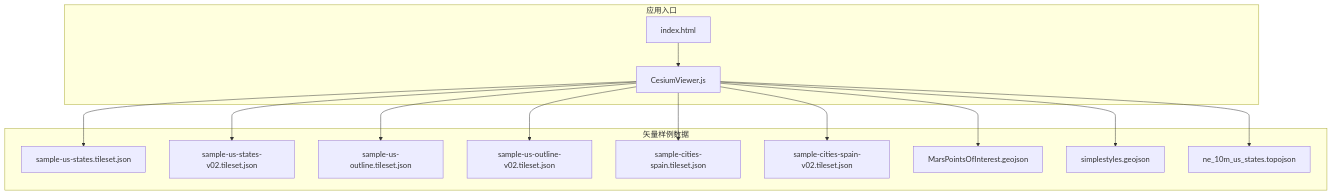
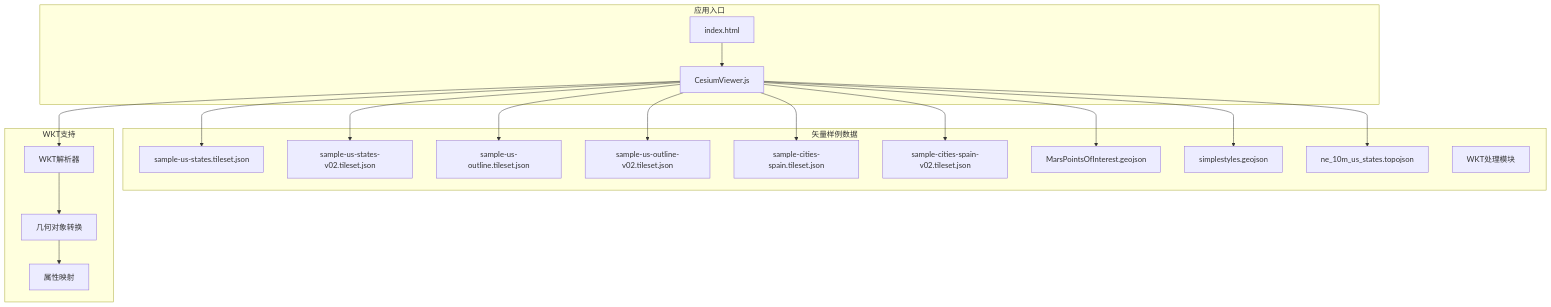
One commit to rzhangjing/cesium changed the first of 9 diagrams in .qoder/repowiki/zh/content/示例教程/数据加载示例/矢量数据加载.md. Above: the diagram before and after it, drawn with Mermaid. The commit also changed other lines of this file and 90 other files, not shown here.

````diff
--- a/.qoder/repowiki/zh/content/示例教程/数据加载示例/矢量数据加载.md
+++ b/.qoder/repowiki/zh/content/示例教程/数据加载示例/矢量数据加载.md
@@ -47,28 +57,37 @@
 ```mermaid
 graph TB
 subgraph "应用入口"
 HTML["index.html"]
 JS["CesiumViewer.js"]
 end
 subgraph "矢量样例数据"
 V1["sample-us-states.tileset.json"]
 V2["sample-us-states-v02.tileset.json"]
 V3["sample-us-outline.tileset.json"]
 V4["sample-us-outline-v02.tileset.json"]
 V5["sample-cities-spain.tileset.json"]
 V6["sample-cities-spain-v02.tileset.json"]
 G1["MarsPointsOfInterest.geojson"]
 G2["simplestyles.geojson"]
 T1["ne_10m_us_states.topojson"]
+W1["WKT处理模块"]
+end
+subgraph "WKT支持"
+WKT_CORE["WKT解析器"]
+WKT_GEOM["几何对象转换"]
+WKT_ATTR["属性映射"]
 end
 HTML --> JS
 JS --> V1
 JS --> V2
 JS --> V3
 JS --> V4
 JS --> V5
 JS --> V6
 JS --> G1
 JS --> G2
 JS --> T1
+JS --> WKT_CORE
+WKT_CORE --> WKT_GEOM
+WKT_GEOM --> WKT_ATTR
 ```
````
